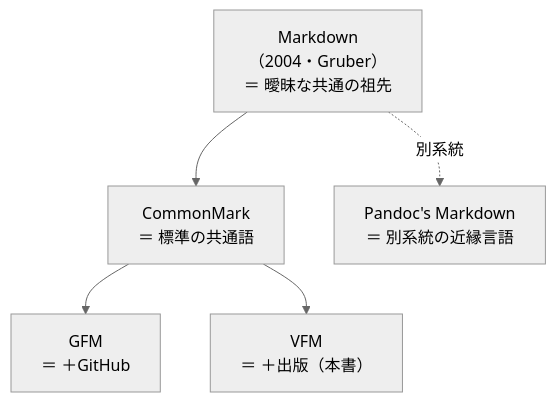
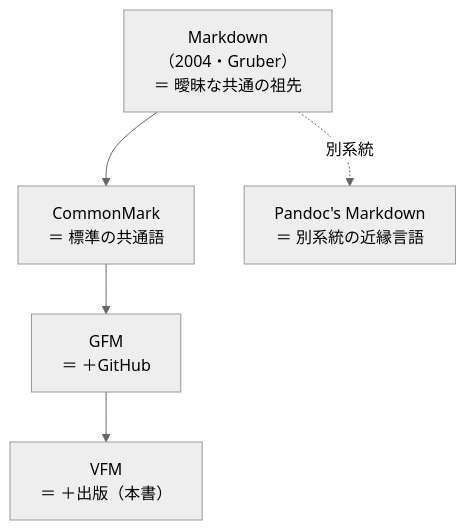
The diagram in contents/21-markdown-tutorial.md (Atelier-Mirai/vivlio-starter), drawn with Mermaid (neutral theme) before and after one commit. The commit also changed other lines of this file, not shown here.

Commit message:
21 章を見直す（VFM の土台・改ページ・数式の説明を実物に合わせ、表示例を整える）

````diff
--- a/contents/21-markdown-tutorial.md
+++ b/contents/21-markdown-tutorial.md
@@ -32,12 +32,12 @@
 ```mermaid
 graph TD
   MD["Markdown<br/>（2004・Gruber）<br/>＝ 曖昧な共通の祖先"]
   CM["CommonMark<br/>＝ 標準の共通語"]
   PD["Pandoc's Markdown<br/>＝ 別系統の近縁言語"]
   GFM["GFM<br/>＝ ＋GitHub"]
   VFM["VFM<br/>＝ ＋出版（本書）"]
   MD --> CM
   MD -.別系統.-> PD
   CM --> GFM
-  CM --> VFM
+  GFM --> VFM
 ```
````
